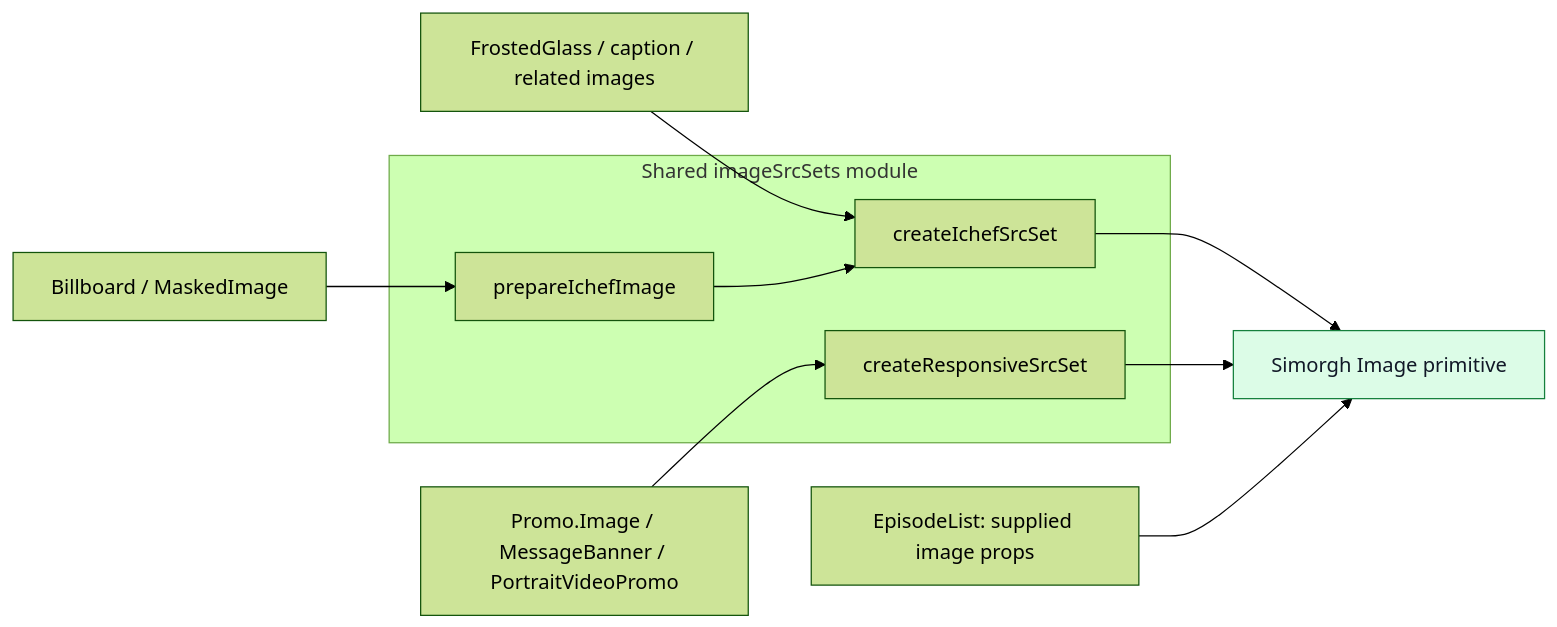
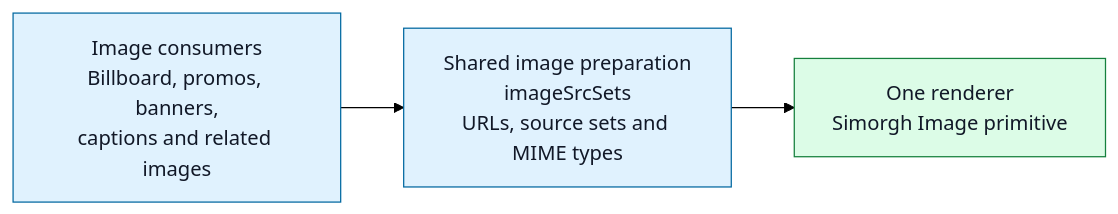
The fourth of 9 diagrams in ws-nextjs-app/Image-Platform-Presentation.md (bbc/simorgh), drawn with Mermaid (forest theme) before and after one commit. The commit also changed other lines of this file, not shown here.

Commit message:
presentation

````diff
--- a/ws-nextjs-app/Image-Platform-Presentation.md
+++ b/ws-nextjs-app/Image-Platform-Presentation.md
@@ -71,14 +71,9 @@
 ```mermaid
 flowchart LR
-    B["Billboard / MaskedImage"] --> P["prepareIchefImage"]
-    F["FrostedGlass / caption / related images"] --> C
-    O["Promo.Image / MessageBanner / PortraitVideoPromo"] --> R
-    subgraph Shared["Shared imageSrcSets module"]
-        P --> C["createIchefSrcSet"]
-        R["createResponsiveSrcSet"]
-    end
-    C --> I["Simorgh Image primitive"]
-    R --> I
-    E["EpisodeList: supplied image props"] --> I
+    C["Image consumers<br/>Billboard, promos, banners,<br/>captions and related images"]
+    C --> H["Shared image preparation<br/>imageSrcSets<br/>URLs, source sets and MIME types"]
+    H --> I["One renderer<br/>Simorgh Image primitive"]
+    style C fill:#e0f2fe,stroke:#0369a1,color:#111827
+    style H fill:#e0f2fe,stroke:#0369a1,color:#111827
     style I fill:#dcfce7,stroke:#15803d,color:#111827
 ```
````
